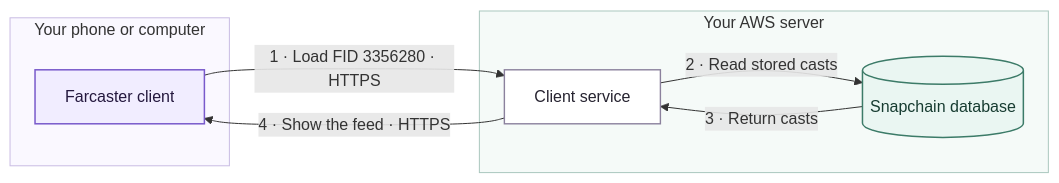
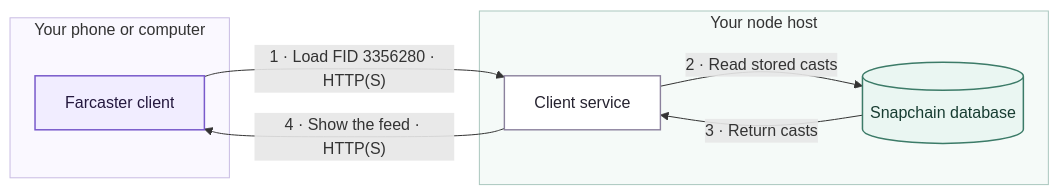
One commit to vrajdesai78/farcaster-bounty changed the diagram in site/diagrams/read-desktop.mmd. Above: the diagram before and after it, drawn with Mermaid. The commit also changed 25 other files, not shown here.

```diff
--- a/site/diagrams/read-desktop.mmd
+++ b/site/diagrams/read-desktop.mmd
@@ -1,21 +1,21 @@
 flowchart LR
 accTitle: Reading a cast from your own node
 accDescr: A browser asks its client service for an account’s casts. The service reads the Snapchain database on the same server and sends the stored posts back to the browser.
 subgraph B["Your phone or computer"]
   browser["Farcaster client"]:::device
 end
-subgraph S["Your AWS server"]
+subgraph S["Your node host"]
   client["Client service"]:::service
   node[("Snapchain database")]:::data
 end
-browser -->|"1 · Load FID 3356280 · HTTPS"| client
+browser -->|"1 · Load FID 3356280 · HTTP(S)"| client
 client -->|"2 · Read stored casts"| node
 node -->|"3 · Return casts"| client
-client -->|"4 · Show the feed · HTTPS"| browser
+client -->|"4 · Show the feed · HTTP(S)"| browser
 style B fill:#faf8ff,stroke:#c9bce3
 style S fill:#f5faf8,stroke:#aac7be
 classDef device fill:#f1edff,stroke:#795acb,color:#24183e,stroke-width:1.5px
 classDef service fill:#ffffff,stroke:#8b819d,color:#262330,stroke-width:1.4px
 classDef data fill:#eaf6f2,stroke:#3c7b68,color:#173c31,stroke-width:1.5px
 classDef network fill:#fff5e5,stroke:#997033,color:#493414,stroke-width:1.5px
 classDef done fill:#eaf6f2,stroke:#3c7b68,color:#173c31,stroke-width:1.5px
```
